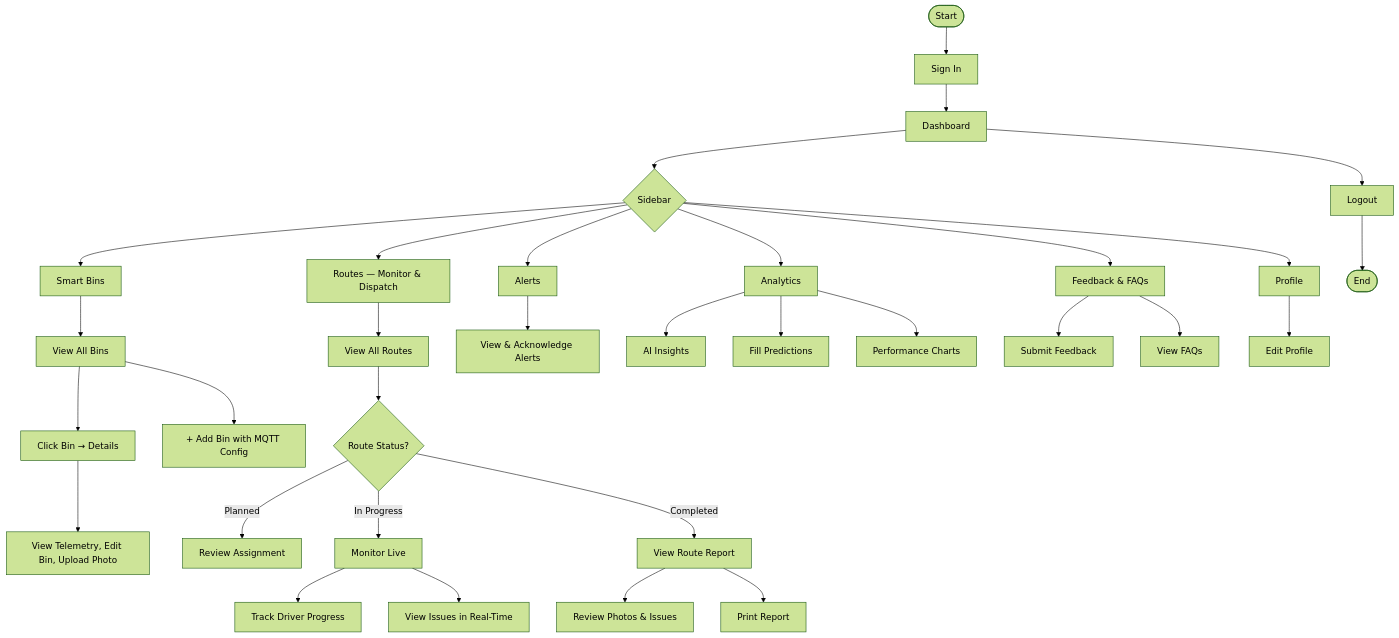
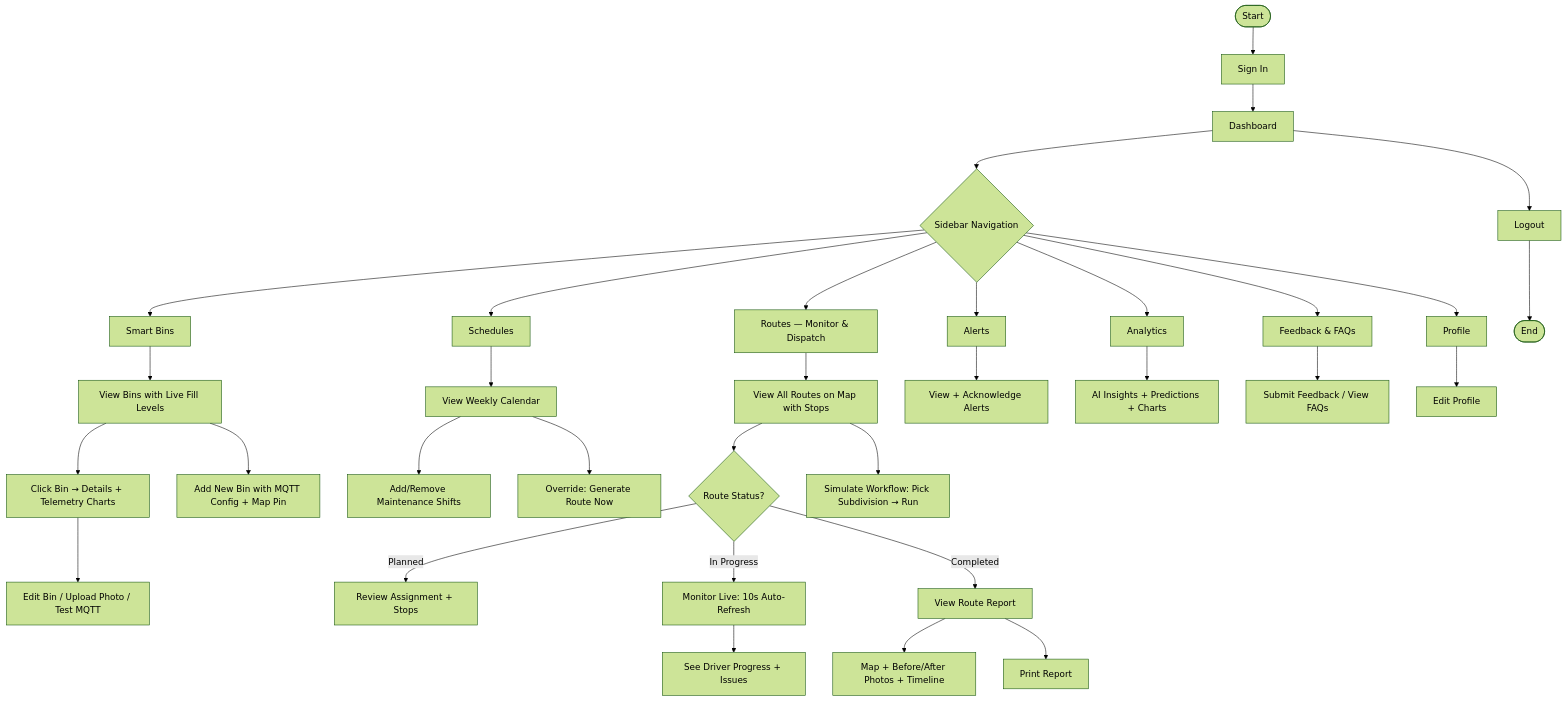
One commit to pointlessduffin-21/ecoroute changed the second of 4 diagrams in docs/program-workflow.md. Above: the diagram before and after it, drawn with Mermaid (forest theme). The commit also changed other lines of this file, not shown here.

First line of the commit message:
docs: rewrite program workflow with complete current system state

````diff
--- a/docs/program-workflow.md
+++ b/docs/program-workflow.md
@@ -105,41 +118,43 @@
 ```mermaid
 flowchart TD
     A([Start]) --> B[Sign In]
     B --> C[Dashboard]
-    C --> D{Sidebar}
+    C --> D{Sidebar Navigation}
 
     D --> E[Smart Bins]
-    E --> E1[View All Bins]
-    E1 --> E2[Click Bin → Details]
-    E2 --> E3[View Telemetry, Edit Bin, Upload Photo]
-    E1 --> E4[+ Add Bin with MQTT Config]
+    E --> E1[View Bins with Live Fill Levels]
+    E1 --> E2[Click Bin → Details + Telemetry Charts]
+    E2 --> E3[Edit Bin / Upload Photo / Test MQTT]
+    E1 --> E4[Add New Bin with MQTT Config + Map Pin]
 
-    D --> F[Routes — Monitor & Dispatch]
-    F --> F1[View All Routes]
-    F1 --> F2{Route Status?}
-    F2 -->|Planned| F3[Review Assignment]
-    F2 -->|In Progress| F4[Monitor Live]
-    F4 --> F5[Track Driver Progress]
-    F4 --> F6[View Issues in Real-Time]
-    F2 -->|Completed| F7[View Route Report]
-    F7 --> F8[Review Photos & Issues]
-    F7 --> F9[Print Report]
+    D --> F[Schedules]
+    F --> F1[View Weekly Calendar]
+    F1 --> F2[Add/Remove Maintenance Shifts]
+    F1 --> F3[Override: Generate Route Now]
 
-    D --> G[Alerts]
-    G --> G1[View & Acknowledge Alerts]
+    D --> G[Routes — Monitor & Dispatch]
+    G --> G1[View All Routes on Map with Stops]
+    G1 --> G2{Route Status?}
+    G2 -->|Planned| G3[Review Assignment + Stops]
+    G2 -->|In Progress| G4[Monitor Live: 10s Auto-Refresh]
+    G4 --> G5[See Driver Progress + Issues]
+    G2 -->|Completed| G6[View Route Report]
+    G6 --> G7[Map + Before/After Photos + Timeline]
+    G6 --> G8[Print Report]
+    G1 --> G9[Simulate Workflow: Pick Subdivision → Run]
 
-    D --> H[Analytics]
-    H --> H1[AI Insights]
-    H --> H2[Fill Predictions]
-    H --> H3[Performance Charts]
+    D --> H[Alerts]
+    H --> H1[View + Acknowledge Alerts]
 
-    D --> I[Feedback & FAQs]
-    I --> I1[Submit Feedback]
-    I --> I2[View FAQs]
+    D --> I[Analytics]
+    I --> I1[AI Insights + Predictions + Charts]
 
-    D --> J[Profile]
-    J --> J1[Edit Profile]
+    D --> J[Feedback & FAQs]
+    J --> J1[Submit Feedback / View FAQs]
 
-    C --> K[Logout]
-    K --> L([End])
+    D --> K[Profile]
+    K --> K1[Edit Profile]
+
+    C --> L[Logout]
+    L --> M([End])
 ```
````
